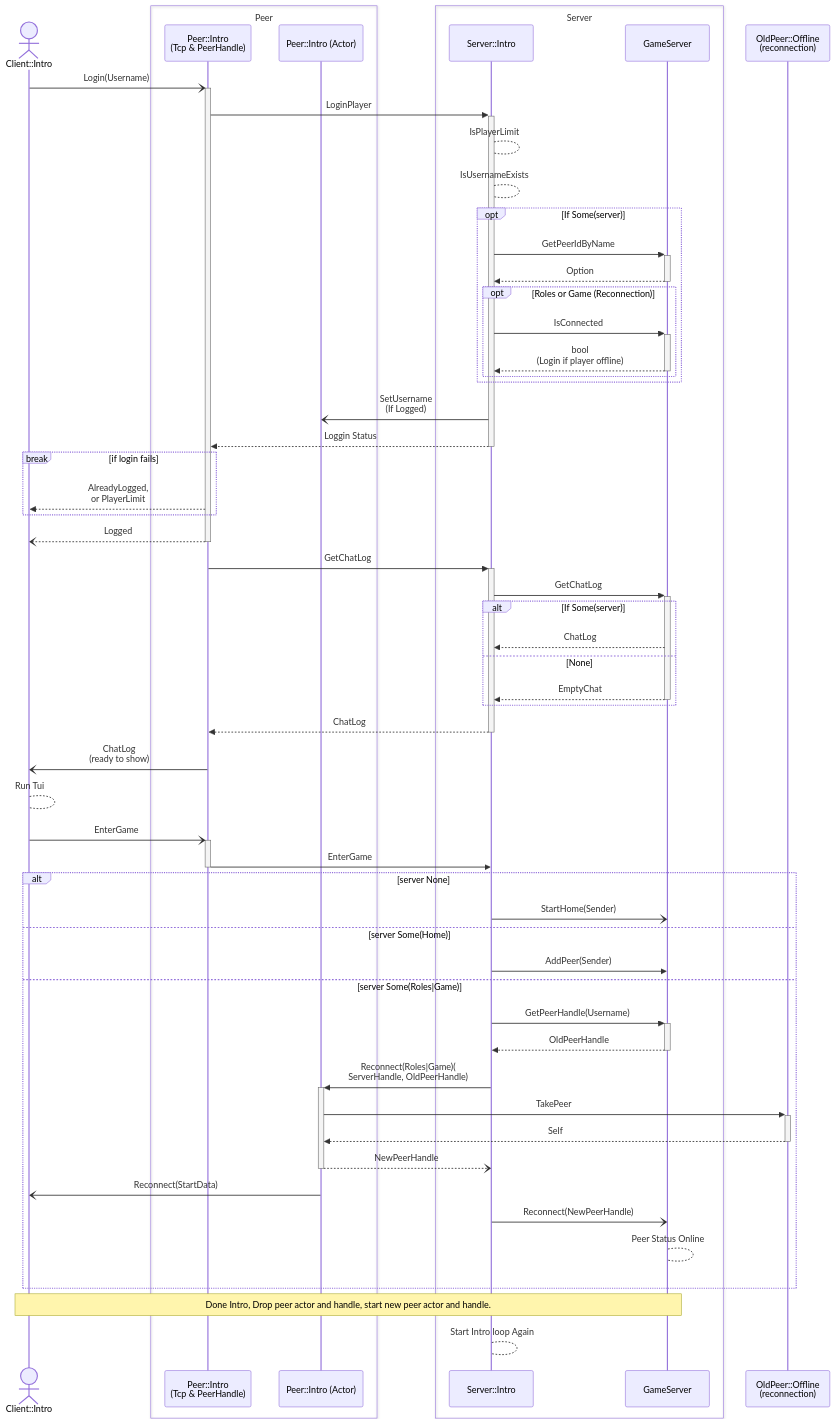
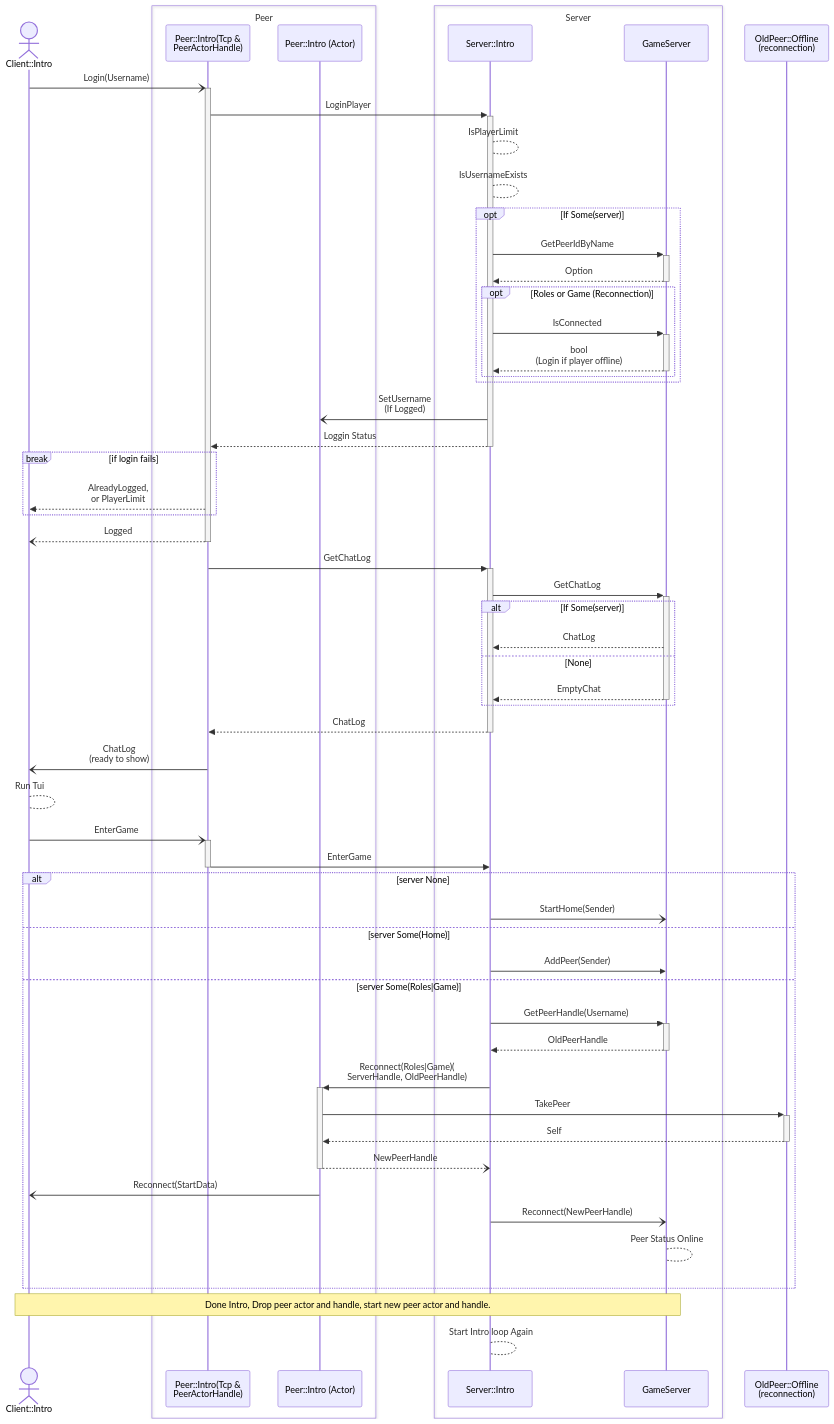
The first of 3 diagrams in README.md (39555/kobuleti), drawn with Mermaid before and after one commit. The commit also changed other lines of this file, not shown here.

Commit message:
docs: Roles mermaid

````diff
--- a/README.md
+++ b/README.md
@@ -10,70 +10,70 @@
 ```mermaid
 sequenceDiagram
     actor C as Client::Intro
     box Peer
-        participant PC as Peer::Intro<br/>(Tcp & PeerHandle)
+        participant PC as Peer::Intro(Tcp &<br/>PeerActorHandle)
         participant P as Peer::Intro (Actor)
     end
     box Server
         participant I as Server::Intro
         participant S as GameServer
     end
     C-)+PC: Login(Username)
     PC->>+I: LoginPlayer
     I-->I:  IsPlayerLimit
     I-->I:  IsUsernameExists
     opt If Some(server)
         I->>+S: GetPeerIdByName
         S-->>-I: Option
     
     opt Roles or Game (Reconnection)
         I->>+S:  IsConnected
         S-->>-I: bool<br/>(Login if player offline)
     end
     end
 
     I-)P: SetUsername<br/>(If Logged)
 
     I-->>-PC: Loggin Status
 
     break if login fails
         PC-->>C: AlreadyLogged,<br/> or PlayerLimit
     end
 
 
     PC--)-C: Logged
     PC->>+I: GetChatLog
     I->>+S: GetChatLog
     alt If Some(server)
         S-->>I: ChatLog
     else  None
         S-->>-I: EmptyChat
     end
     I-->>-PC: ChatLog
     PC-)C: ChatLog<br/>(ready to show)
     C-->C: Run Tui
     C -)+PC: EnterGame
     # end Intro
     PC->>-I: EnterGame
     alt server None
         I-)S: StartHome(Sender)
     else server Some(Home)
         I->>S: AddPeer(Sender)
     else server Some(Roles|Game)
         I->>+S: GetPeerHandle(Username)
         S-->>-I: OldPeerHandle
     participant PS as OldPeer::Offline<br/>(reconnection)
     I->>+P: Reconnect(Roles|Game)(<br/>ServerHandle, OldPeerHandle)
     P->>+PS: TakePeer
     PS-->>-P: Self
     # destroy Ps
     P--)-I: NewPeerHandle
     P-)C: Reconnect(StartData)
     I-)S: Reconnect(NewPeerHandle)
     S-->S: Peer Status Online
     end
     Note over C, S: Done Intro, Drop peer actor and handle, start new peer actor and handle.
     I-->I: Start Intro loop Again
     
     
 ```
````
